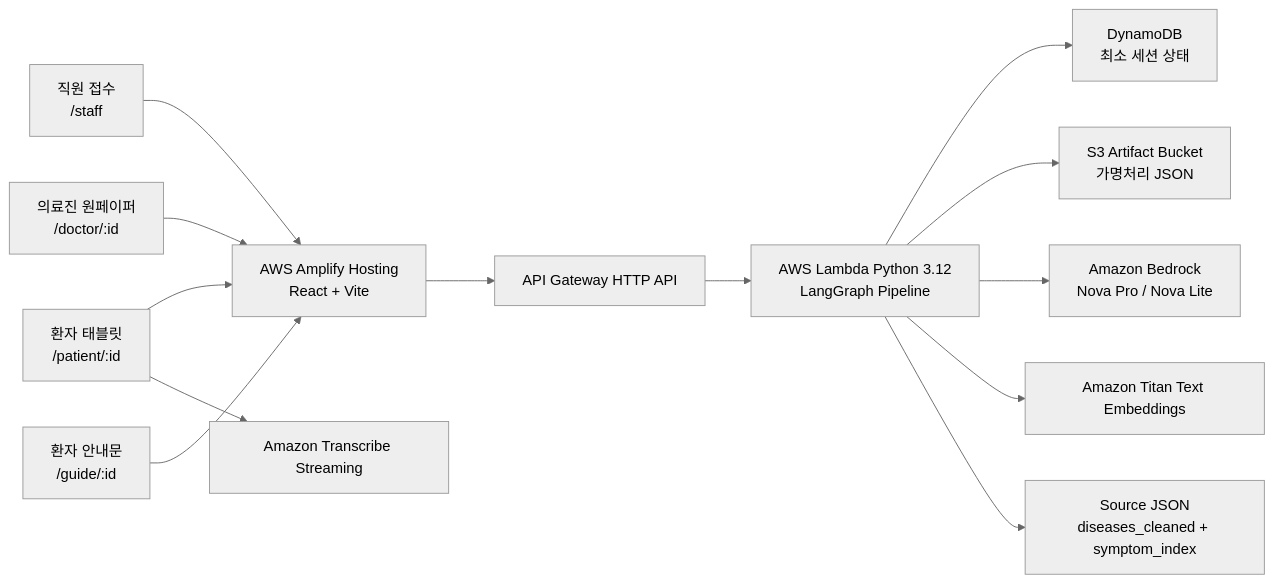
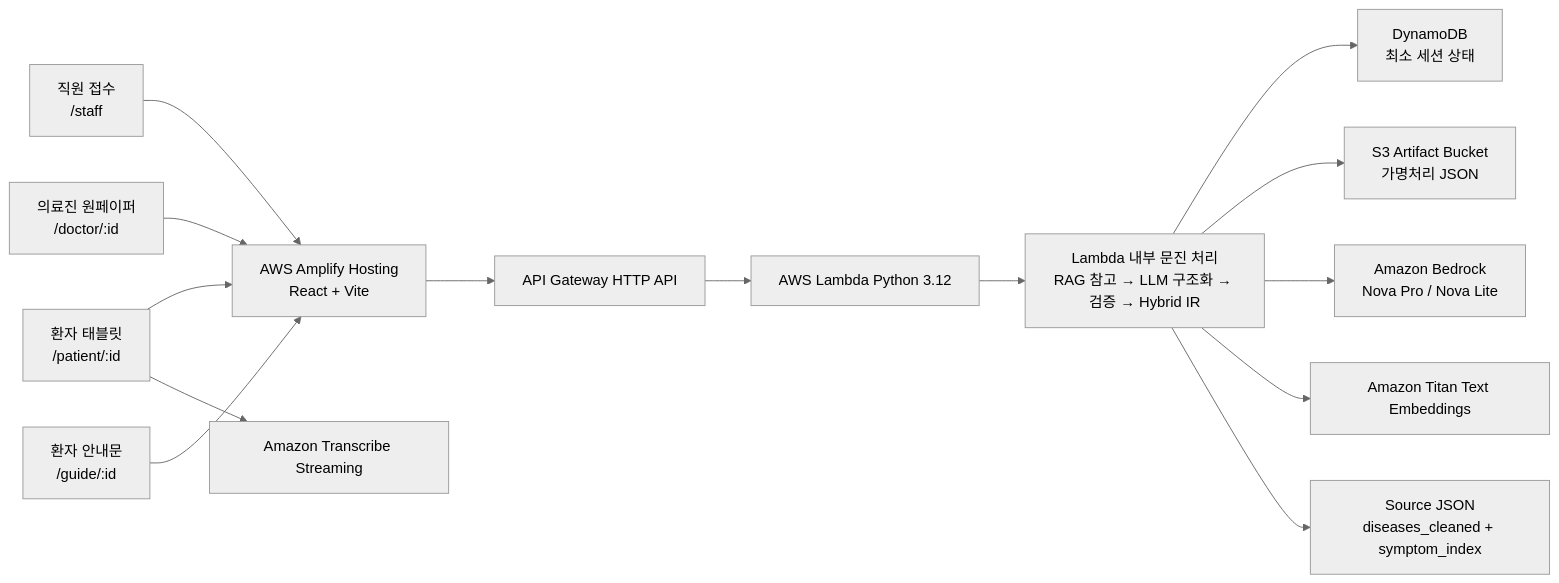
One commit to X-AI-KNU/munjin-talk-talk changed the diagram in README.md. Above: the diagram before and after it, drawn with Mermaid (neutral theme). The commit also changed other lines of this file, not shown here.

````diff
--- a/README.md
+++ b/README.md
@@ -126,30 +128,32 @@
 ```mermaid
 flowchart LR
   Staff["직원 접수<br/>/staff"]
   Tablet["환자 태블릿<br/>/patient/:id"]
   Doctor["의료진 원페이퍼<br/>/doctor/:id"]
   Guide["환자 안내문<br/>/guide/:id"]
 
   Amplify["AWS Amplify Hosting<br/>React + Vite"]
   Api["API Gateway HTTP API"]
-  Lambda["AWS Lambda Python 3.12<br/>LangGraph Pipeline"]
+  Lambda["AWS Lambda Python 3.12"]
+  Pipeline["Lambda 내부 문진 처리<br/>RAG 참고 → LLM 구조화 → 검증 → Hybrid IR"]
   Dynamo["DynamoDB<br/>최소 세션 상태"]
   S3["S3 Artifact Bucket<br/>가명처리 JSON"]
   Transcribe["Amazon Transcribe Streaming"]
   Bedrock["Amazon Bedrock<br/>Nova Pro / Nova Lite"]
   Titan["Amazon Titan Text Embeddings"]
   SourceData["Source JSON<br/>diseases_cleaned + symptom_index"]
 
   Staff --> Amplify
   Tablet --> Amplify
   Doctor --> Amplify
   Guide --> Amplify
   Amplify --> Api
   Api --> Lambda
   Tablet --> Transcribe
-  Lambda --> Dynamo
-  Lambda --> S3
-  Lambda --> Bedrock
-  Lambda --> Titan
-  Lambda --> SourceData
+  Lambda --> Pipeline
+  Pipeline --> Dynamo
+  Pipeline --> S3
+  Pipeline --> Bedrock
+  Pipeline --> Titan
+  Pipeline --> SourceData
 ```
````
